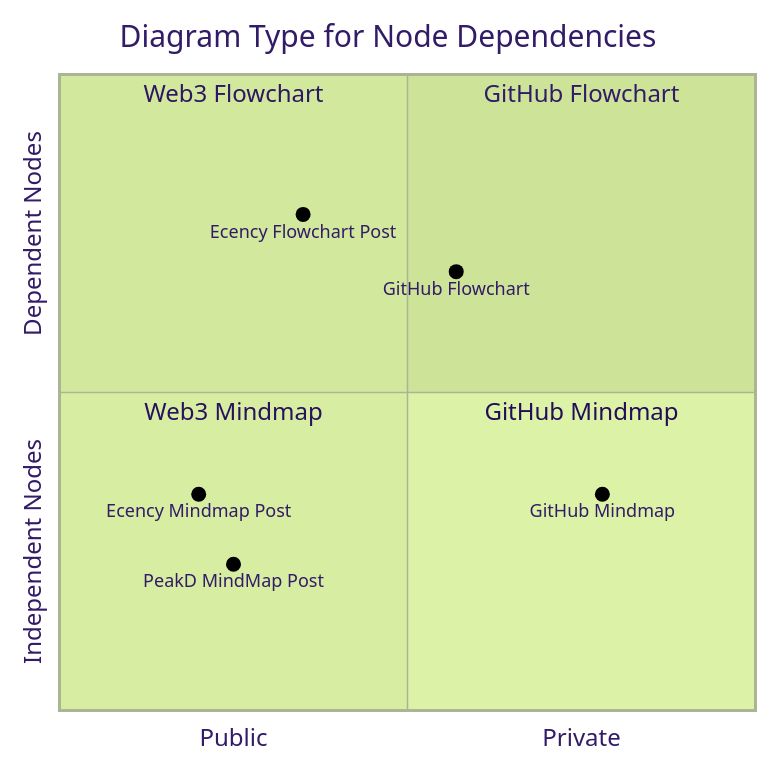
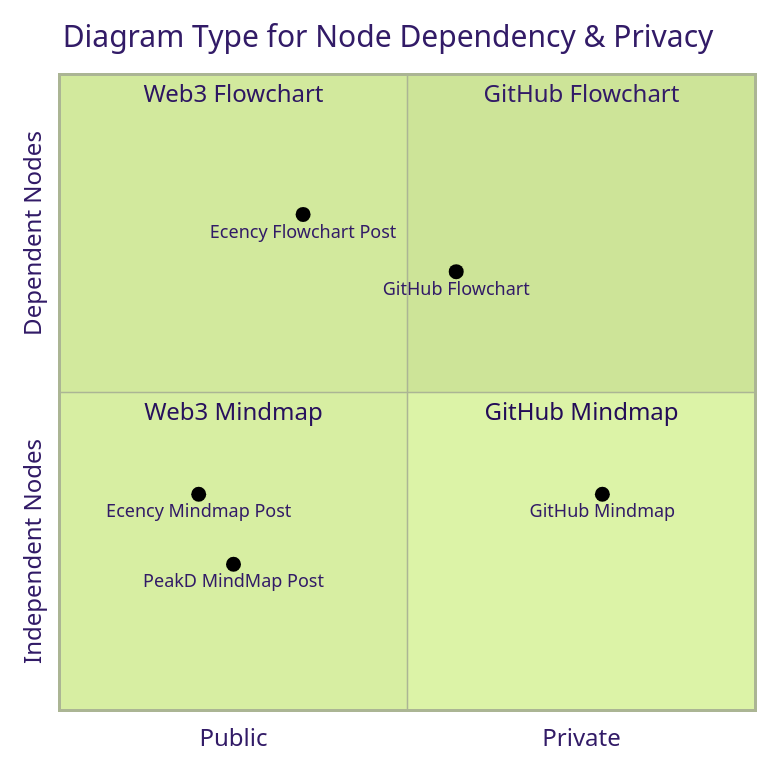
One commit to kct2020/mddiag changed the diagram in mddiag-overview.md. Above: the diagram before and after it, drawn with Mermaid (forest theme).

Commit message:
diagram title

````diff
--- a/mddiag-overview.md
+++ b/mddiag-overview.md
@@ -3,15 +3,15 @@
 ```mermaid
 quadrantChart
-    title Diagram Type for Node Dependencies
+    title Diagram Type for Node Dependency & Privacy
     x-axis Public --> Private
     y-axis Independent Nodes --> Dependent Nodes
     quadrant-1 GitHub Flowchart
     quadrant-2 Web3 Flowchart
     quadrant-3 Web3 Mindmap
     quadrant-4 GitHub Mindmap
     PeakD MindMap Post: [0.25, 0.23]
     GitHub Flowchart: [0.57, 0.69]
     GitHub Mindmap: [0.78, 0.34]
     Ecency Mindmap Post: [0.20, 0.34]
     Ecency Flowchart Post: [0.35, 0.78]
 ```
````
